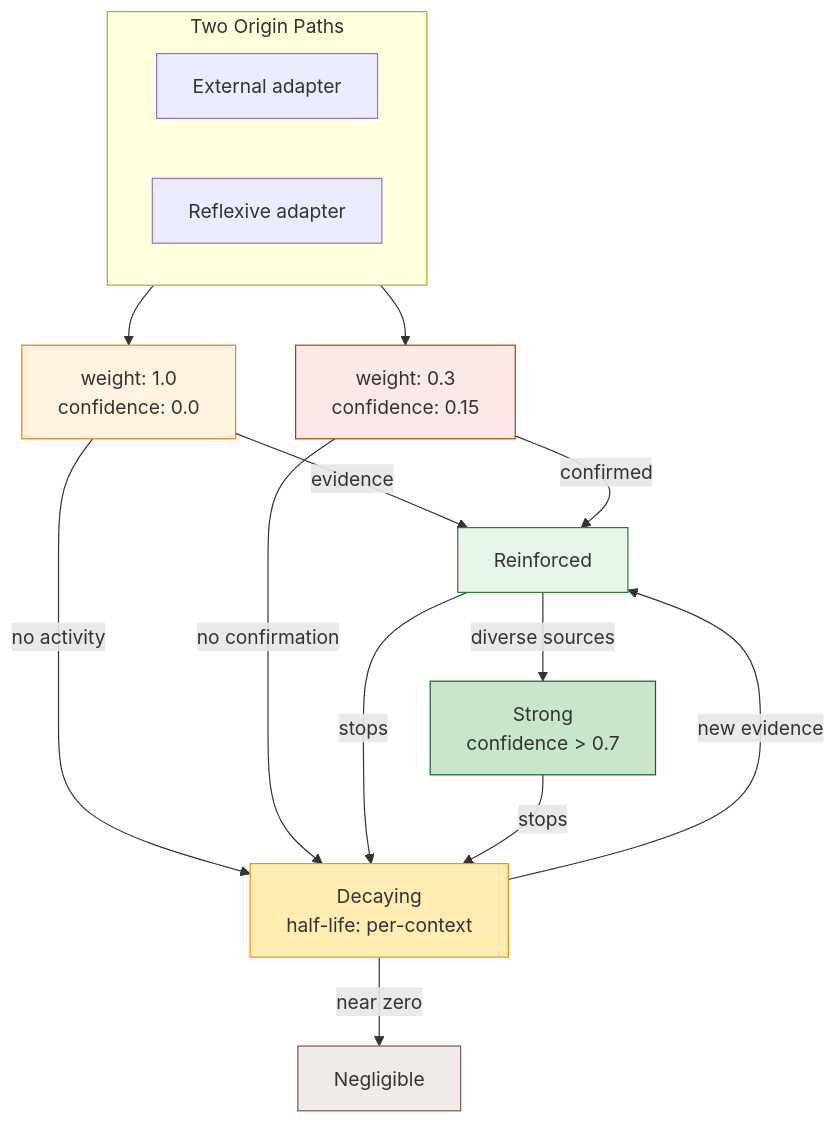
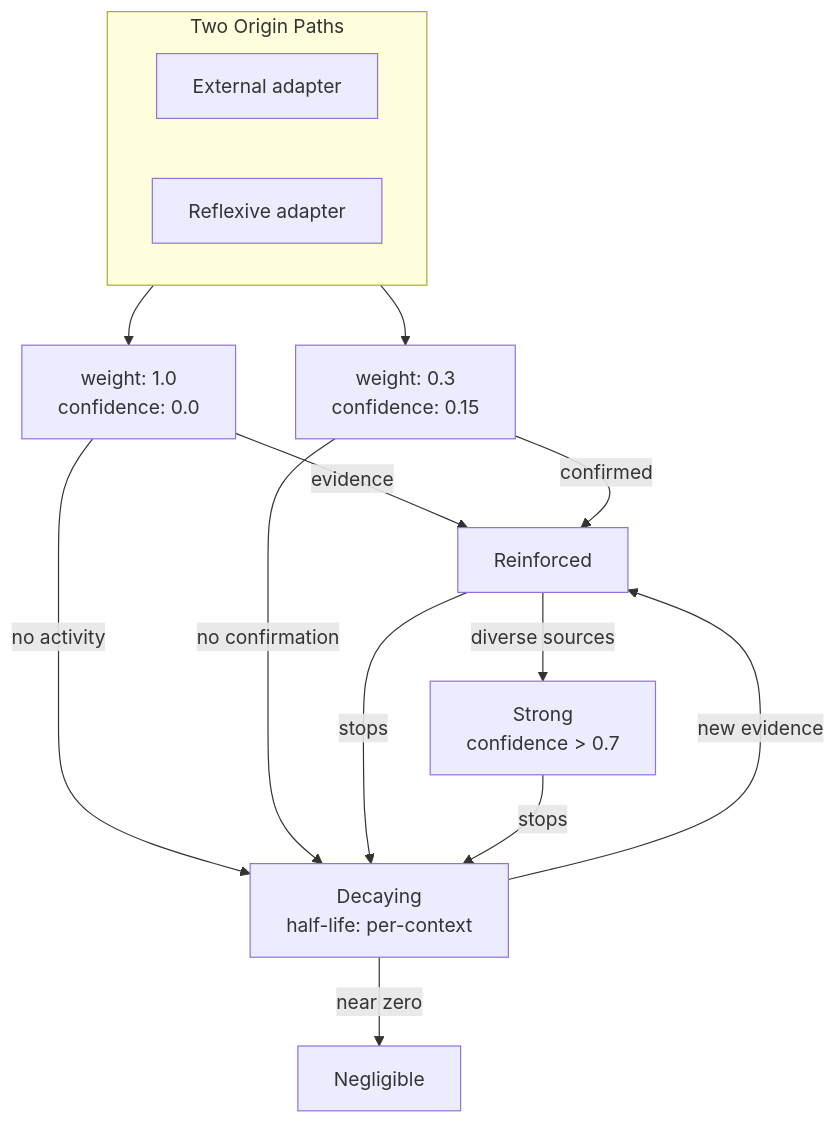
One commit to nrgforge/plexus changed the seventh of 7 diagrams in docs/semantic-adapters-design.md. Above: the diagram before and after it, drawn with Mermaid. The commit also changed other lines of this file and 1 other file, not shown here.

Commit message:
docs: remove background colors from mermaid diagrams

````diff
--- a/docs/semantic-adapters-design.md
+++ b/docs/semantic-adapters-design.md
@@ -338,35 +329,29 @@
 ```mermaid
 flowchart TB
     subgraph origin ["Two Origin Paths"]
         direction LR
         ext["External adapter"]
         ref["Reflexive adapter"]
     end
 
     ext --> active["weight: 1.0
     confidence: 0.0"]
     ref --> weak["weight: 0.3
     confidence: 0.15"]
 
     active -->|"evidence"| reinforced
     active -->|"no activity"| decaying
     weak -->|"confirmed"| reinforced
     weak -->|"no confirmation"| decaying
 
     reinforced["Reinforced"] -->|"diverse sources"| strong["Strong
     confidence > 0.7"]
     reinforced -->|"stops"| decaying
 
     strong -->|"stops"| decaying
 
     decaying["Decaying
     half-life: per-context"] -->|"new evidence"| reinforced
     decaying -->|"near zero"| negligible["Negligible"]
 
-    style active fill:#fff3e0,stroke:#f57c00
-    style weak fill:#fbe9e7,stroke:#bf360c
-    style reinforced fill:#e8f5e9,stroke:#2e7d32
-    style strong fill:#c8e6c9,stroke:#1b5e20
-    style decaying fill:#ffecb3,stroke:#ff8f00
-    style negligible fill:#efebe9,stroke:#795548
 ```
````
